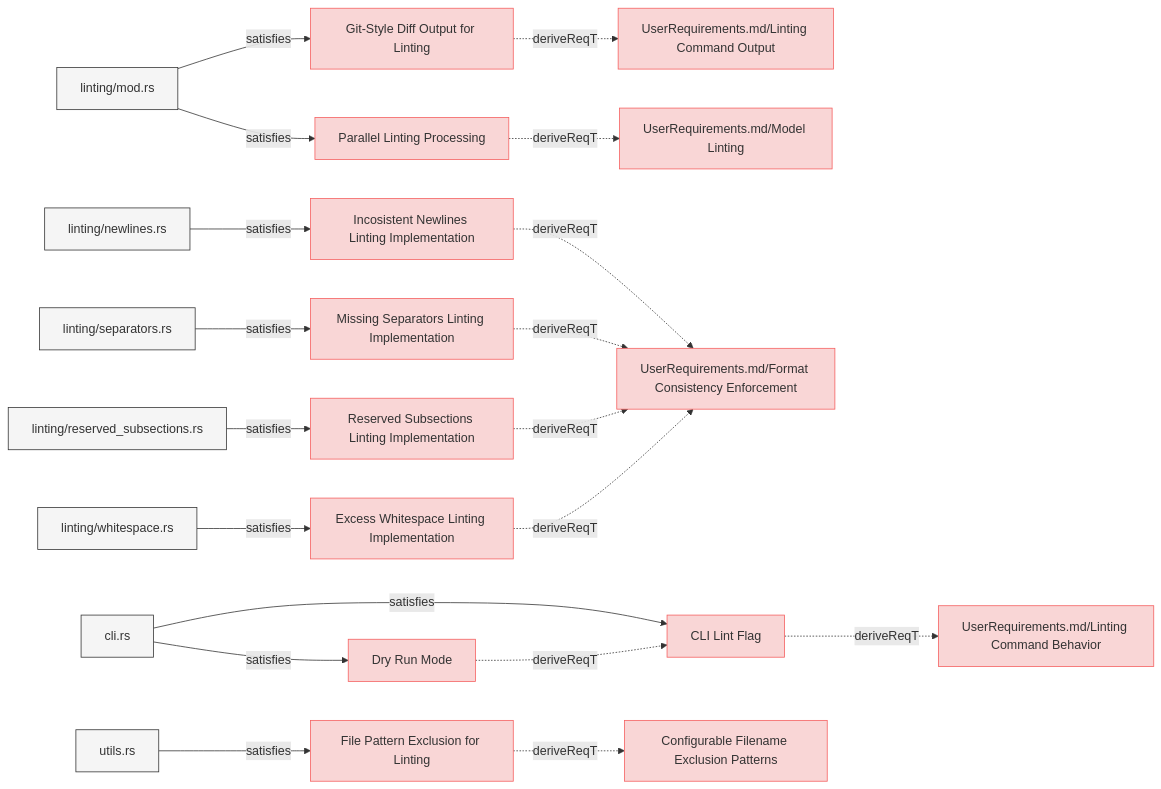
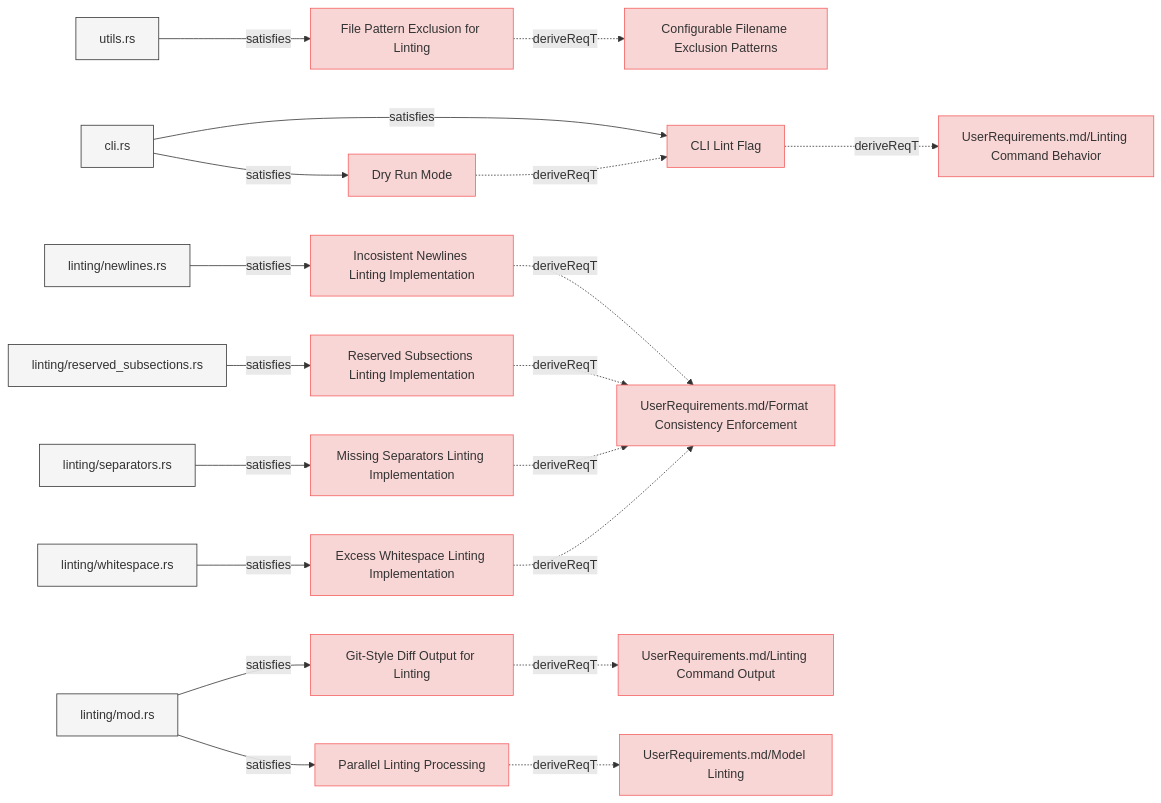
One commit to reqvire-org/reqvire changed the first of 8 diagrams in specifications/SystemRequirements/Requirements.md. Above: the diagram before and after it, drawn with Mermaid. The commit also changed other lines of this file and 22 other files, not shown here.

````diff
--- a/specifications/SystemRequirements/Requirements.md
+++ b/specifications/SystemRequirements/Requirements.md
@@ -9,85 +9,85 @@
   classDef externalLink fill:#d0e0ff,stroke:#3080ff,stroke-width:1px;
   classDef default fill:#f5f5f5,stroke:#333333,stroke-width:1px;
 
+  48e8a0b4b18111c4["File Pattern Exclusion for Linting"];
+  click 48e8a0b4b18111c4 "https://github.com/Reqvire/reqvire/blob/ad88ba6b828e94c93382866fefd058c011c1ac60/specifications/SystemRequirements/Requirements.md#file-pattern-exclusion-for-linting";
+  class 48e8a0b4b18111c4 requirement;
+  4bf74699f40f4a76["Configurable Filename Exclusion Patterns"];
+  class 4bf74699f40f4a76 requirement;
+  click 4bf74699f40f4a76 "https://github.com/Reqvire/reqvire/blob/ad88ba6b828e94c93382866fefd058c011c1ac60/specifications/SystemRequirements/Requirements.md#configurable-filename-exclusion-patterns";
+  48e8a0b4b18111c4 -.->|deriveReqT| 4bf74699f40f4a76;
+  85989fd7bb727157["utils.rs"];
+  class 85989fd7bb727157 default;
+  click 85989fd7bb727157 "https://github.com/Reqvire/reqvire/blob/ad88ba6b828e94c93382866fefd058c011c1ac60/core/src/utils.rs";
+  85989fd7bb727157 -->|satisfies| 48e8a0b4b18111c4;
+  3f235c1000d5347f["CLI Lint Flag"];
+  click 3f235c1000d5347f "https://github.com/Reqvire/reqvire/blob/ad88ba6b828e94c93382866fefd058c011c1ac60/specifications/SystemRequirements/Requirements.md#cli-lint-flag";
+  class 3f235c1000d5347f requirement;
+  28b0f9fa78937e61["UserRequirements.md/Linting Command Behavior"];
+  class 28b0f9fa78937e61 requirement;
+  click 28b0f9fa78937e61 "https://github.com/Reqvire/reqvire/blob/ad88ba6b828e94c93382866fefd058c011c1ac60/specifications/UserRequirements.md#linting-command";
+  3f235c1000d5347f -.->|deriveReqT| 28b0f9fa78937e61;
+  2f21d2133dbfd205["cli.rs"];
+  class 2f21d2133dbfd205 default;
+  click 2f21d2133dbfd205 "https://github.com/Reqvire/reqvire/blob/ad88ba6b828e94c93382866fefd058c011c1ac60/cli/src/cli.rs";
+  2f21d2133dbfd205 -->|satisfies| 3f235c1000d5347f;
+  e42a0715e74ccd66["Incosistent Newlines Linting Implementation"];
+  click e42a0715e74ccd66 "https://github.com/Reqvire/reqvire/blob/ad88ba6b828e94c93382866fefd058c011c1ac60/specifications/SystemRequirements/Requirements.md#incosistent-newlines-linting-implementation";
+  class e42a0715e74ccd66 requirement;
+  1ddbeea0cf8eaad5["UserRequirements.md/Format Consistency Enforcement"];
+  class 1ddbeea0cf8eaad5 requirement;
+  click 1ddbeea0cf8eaad5 "https://github.com/Reqvire/reqvire/blob/ad88ba6b828e94c93382866fefd058c011c1ac60/specifications/UserRequirements.md#format-consistency-enforcement";
+  e42a0715e74ccd66 -.->|deriveReqT| 1ddbeea0cf8eaad5;
+  411d20097517505a["linting/newlines.rs"];
+  class 411d20097517505a default;
+  click 411d20097517505a "https://github.com/Reqvire/reqvire/blob/ad88ba6b828e94c93382866fefd058c011c1ac60/core/src/linting/newlines.rs";
+  411d20097517505a -->|satisfies| e42a0715e74ccd66;
+  56174a2a92eb637["Reserved Subsections Linting Implementation"];
+  click 56174a2a92eb637 "https://github.com/Reqvire/reqvire/blob/ad88ba6b828e94c93382866fefd058c011c1ac60/specifications/SystemRequirements/Requirements.md#reserved-subsections-linting-implementation";
+  class 56174a2a92eb637 requirement;
+  56174a2a92eb637 -.->|deriveReqT| 1ddbeea0cf8eaad5;
+  8c7c2481d50c628c["linting/reserved_subsections.rs"];
+  class 8c7c2481d50c628c default;
+  click 8c7c2481d50c628c "https://github.com/Reqvire/reqvire/blob/ad88ba6b828e94c93382866fefd058c011c1ac60/core/src/linting/indentation.rs";
+  8c7c2481d50c628c -->|satisfies| 56174a2a92eb637;
   7c2ad2603d27c318["Git-Style Diff Output for Linting"];
-  click 7c2ad2603d27c318 "https://github.com/Reqvire/reqvire/blob/667635d4628fed400323f7df3689af2dbc2ad666/specifications/SystemRequirements/Requirements.md#git-style-diff-output-for-linting";
+  click 7c2ad2603d27c318 "https://github.com/Reqvire/reqvire/blob/ad88ba6b828e94c93382866fefd058c011c1ac60/specifications/SystemRequirements/Requirements.md#git-style-diff-output-for-linting";
   class 7c2ad2603d27c318 requirement;
   62c066a5aad4dafe["UserRequirements.md/Linting Command Output"];
   class 62c066a5aad4dafe requirement;
-  click 62c066a5aad4dafe "https://github.com/Reqvire/reqvire/blob/667635d4628fed400323f7df3689af2dbc2ad666/specifications/UserRequirements.md#linting-command-output";
+  click 62c066a5aad4dafe "https://github.com/Reqvire/reqvire/blob/ad88ba6b828e94c93382866fefd058c011c1ac60/specifications/UserRequirements.md#linting-command-output";
   7c2ad2603d27c318 -.->|deriveReqT| 62c066a5aad4dafe;
   3e39cdcf485c5250["linting/mod.rs"];
   class 3e39cdcf485c5250 default;
-  click 3e39cdcf485c5250 "https://github.com/Reqvire/reqvire/blob/667635d4628fed400323f7df3689af2dbc2ad666/core/src/linting/mod.rs";
+  click 3e39cdcf485c5250 "https://github.com/Reqvire/reqvire/blob/ad88ba6b828e94c93382866fefd058c011c1ac60/core/src/linting/mod.rs";
   3e39cdcf485c5250 -->|satisfies| 7c2ad2603d27c318;
-  c87ad8ce58149089["Parallel Linting Processing"];
-  click c87ad8ce58149089 "https://github.com/Reqvire/reqvire/blob/667635d4628fed400323f7df3689af2dbc2ad666/specifications/SystemRequirements/Requirements.md#parallel-linting-processing";
-  class c87ad8ce58149089 requirement;
-  84c4dc11e82e8638["UserRequirements.md/Model Linting"];
-  class 84c4dc11e82e8638 requirement;
-  click 84c4dc11e82e8638 "https://github.com/Reqvire/reqvire/blob/667635d4628fed400323f7df3689af2dbc2ad666/specifications/UserRequirements.md#model-linting";
-  c87ad8ce58149089 -.->|deriveReqT| 84c4dc11e82e8638;
-  3e39cdcf485c5250 -->|satisfies| c87ad8ce58149089;
-  e42a0715e74ccd66["Incosistent Newlines Linting Implementation"];
-  click e42a0715e74ccd66 "https://github.com/Reqvire/reqvire/blob/667635d4628fed400323f7df3689af2dbc2ad666/specifications/SystemRequirements/Requirements.md#incosistent-newlines-linting-implementation";
-  class e42a0715e74ccd66 requirement;
-  1ddbeea0cf8eaad5["UserRequirements.md/Format Consistency Enforcement"];
-  class 1ddbeea0cf8eaad5 requirement;
-  click 1ddbeea0cf8eaad5 "https://github.com/Reqvire/reqvire/blob/667635d4628fed400323f7df3689af2dbc2ad666/specifications/UserRequirements.md#format-consistency-enforcement";
-  e42a0715e74ccd66 -.->|deriveReqT| 1ddbeea0cf8eaad5;
-  411d20097517505a["linting/newlines.rs"];
-  class 411d20097517505a default;
-  click 411d20097517505a "https://github.com/Reqvire/reqvire/blob/667635d4628fed400323f7df3689af2dbc2ad666/core/src/linting/newlines.rs";
-  411d20097517505a -->|satisfies| e42a0715e74ccd66;
-  3f235c1000d5347f["CLI Lint Flag"];
-  click 3f235c1000d5347f "https://github.com/Reqvire/reqvire/blob/667635d4628fed400323f7df3689af2dbc2ad666/specifications/SystemRequirements/Requirements.md#cli-lint-flag";
-  class 3f235c1000d5347f requirement;
-  28b0f9fa78937e61["UserRequirements.md/Linting Command Behavior"];
-  class 28b0f9fa78937e61 requirement;
-  click 28b0f9fa78937e61 "https://github.com/Reqvire/reqvire/blob/667635d4628fed400323f7df3689af2dbc2ad666/specifications/UserRequirements.md#linting-command";
-  3f235c1000d5347f -.->|deriveReqT| 28b0f9fa78937e61;
-  2f21d2133dbfd205["cli.rs"];
-  class 2f21d2133dbfd205 default;
-  click 2f21d2133dbfd205 "https://github.com/Reqvire/reqvire/blob/667635d4628fed400323f7df3689af2dbc2ad666/cli/src/cli.rs";
-  2f21d2133dbfd205 -->|satisfies| 3f235c1000d5347f;
-  48e8a0b4b18111c4["File Pattern Exclusion for Linting"];
-  click 48e8a0b4b18111c4 "https://github.com/Reqvire/reqvire/blob/667635d4628fed400323f7df3689af2dbc2ad666/specifications/SystemRequirements/Requirements.md#file-pattern-exclusion-for-linting";
-  class 48e8a0b4b18111c4 requirement;
-  4bf74699f40f4a76["Configurable Filename Exclusion Patterns"];
-  class 4bf74699f40f4a76 requirement;
-  click 4bf74699f40f4a76 "https://github.com/Reqvire/reqvire/blob/667635d4628fed400323f7df3689af2dbc2ad666/specifications/SystemRequirements/Requirements.md#configurable-filename-exclusion-patterns";
-  48e8a0b4b18111c4 -.->|deriveReqT| 4bf74699f40f4a76;
-  85989fd7bb727157["utils.rs"];
-  class 85989fd7bb727157 default;
-  click 85989fd7bb727157 "https://github.com/Reqvire/reqvire/blob/667635d4628fed400323f7df3689af2dbc2ad666/core/src/utils.rs";
-  85989fd7bb727157 -->|satisfies| 48e8a0b4b18111c4;
   f540b21f7eced636["Missing Separators Linting Implementation"];
-  click f540b21f7eced636 "https://github.com/Reqvire/reqvire/blob/667635d4628fed400323f7df3689af2dbc2ad666/specifications/SystemRequirements/Requirements.md#missing-separators-linting-implementation";
+  click f540b21f7eced636 "https://github.com/Reqvire/reqvire/blob/ad88ba6b828e94c93382866fefd058c011c1ac60/specifications/SystemRequirements/Requirements.md#missing-separators-linting-implementation";
   class f540b21f7eced636 requirement;
   f540b21f7eced636 -.->|deriveReqT| 1ddbeea0cf8eaad5;
   45e2af09e602182a["linting/separators.rs"];
   class 45e2af09e602182a default;
-  click 45e2af09e602182a "https://github.com/Reqvire/reqvire/blob/667635d4628fed400323f7df3689af2dbc2ad666/core/src/linting/separators.rs";
+  click 45e2af09e602182a "https://github.com/Reqvire/reqvire/blob/ad88ba6b828e94c93382866fefd058c011c1ac60/core/src/linting/separators.rs";
   45e2af09e602182a -->|satisfies| f540b21f7eced636;
-  56174a2a92eb637["Reserved Subsections Linting Implementation"];
-  click 56174a2a92eb637 "https://github.com/Reqvire/reqvire/blob/667635d4628fed400323f7df3689af2dbc2ad666/specifications/SystemRequirements/Requirements.md#reserved-subsections-linting-implementation";
-  class 56174a2a92eb637 requirement;
-  56174a2a92eb637 -.->|deriveReqT| 1ddbeea0cf8eaad5;
-  8c7c2481d50c628c["linting/reserved_subsections.rs"];
-  class 8c7c2481d50c628c default;
-  click 8c7c2481d50c628c "https://github.com/Reqvire/reqvire/blob/667635d4628fed400323f7df3689af2dbc2ad666/core/src/linting/indentation.rs";
-  8c7c2481d50c628c -->|satisfies| 56174a2a92eb637;
   d21b16b30de7350d["Dry Run Mode"];
-  click d21b16b30de7350d "https://github.com/Reqvire/reqvire/blob/667635d4628fed400323f7df3689af2dbc2ad666/specifications/SystemRequirements/Requirements.md#dry-run-mode";
+  click d21b16b30de7350d "https://github.com/Reqvire/reqvire/blob/ad88ba6b828e94c93382866fefd058c011c1ac60/specifications/SystemRequirements/Requirements.md#dry-run-mode";
   class d21b16b30de7350d requirement;
   d21b16b30de7350d -.->|deriveReqT| 3f235c1000d5347f;
   2f21d2133dbfd205 -->|satisfies| d21b16b30de7350d;
   ab8dfb01e717d34["Excess Whitespace Linting Implementation"];
-  click ab8dfb01e717d34 "https://github.com/Reqvire/reqvire/blob/667635d4628fed400323f7df3689af2dbc2ad666/specifications/SystemRequirements/Requirements.md#excess-whitespace-linting-implementation";
+  click ab8dfb01e717d34 "https://github.com/Reqvire/reqvire/blob/ad88ba6b828e94c93382866fefd058c011c1ac60/specifications/SystemRequirements/Requirements.md#excess-whitespace-linting-implementation";
   class ab8dfb01e717d34 requirement;
   ab8dfb01e717d34 -.->|deriveReqT| 1ddbeea0cf8eaad5;
   fd5178bf78bae55c["linting/whitespace.rs"];
   class fd5178bf78bae55c default;
-  click fd5178bf78bae55c "https://github.com/Reqvire/reqvire/blob/667635d4628fed400323f7df3689af2dbc2ad666/core/src/linting/whitespace.rs";
+  click fd5178bf78bae55c "https://github.com/Reqvire/reqvire/blob/ad88ba6b828e94c93382866fefd058c011c1ac60/core/src/linting/whitespace.rs";
   fd5178bf78bae55c -->|satisfies| ab8dfb01e717d34;
+  c87ad8ce58149089["Parallel Linting Processing"];
+  click c87ad8ce58149089 "https://github.com/Reqvire/reqvire/blob/ad88ba6b828e94c93382866fefd058c011c1ac60/specifications/SystemRequirements/Requirements.md#parallel-linting-processing";
+  class c87ad8ce58149089 requirement;
+  84c4dc11e82e8638["UserRequirements.md/Model Linting"];
+  class 84c4dc11e82e8638 requirement;
+  click 84c4dc11e82e8638 "https://github.com/Reqvire/reqvire/blob/ad88ba6b828e94c93382866fefd058c011c1ac60/specifications/UserRequirements.md#model-linting";
+  c87ad8ce58149089 -.->|deriveReqT| 84c4dc11e82e8638;
+  3e39cdcf485c5250 -->|satisfies| c87ad8ce58149089;
 ```
````
